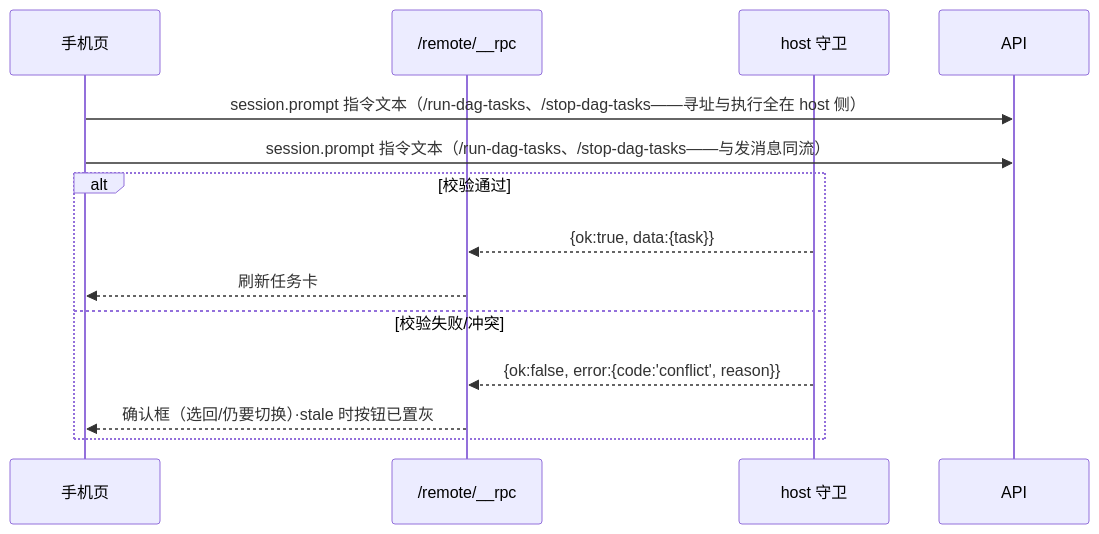
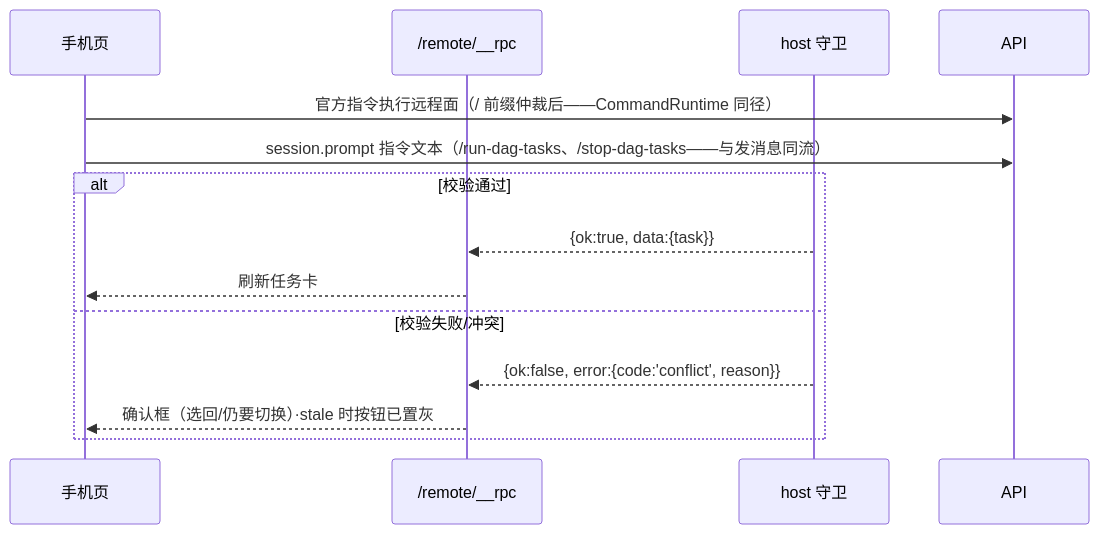
One commit to bigfaner/dsh-forge changed the tenth of 10 diagrams in .forge/docs/features/mobile-ui/design/tech-design.md. Above: the diagram before and after it, drawn with Mermaid. The commit also changed other lines of this file and 1 other file, not shown here.

````diff
--- a/.forge/docs/features/mobile-ui/design/tech-design.md
+++ b/.forge/docs/features/mobile-ui/design/tech-design.md
@@ -295,15 +295,15 @@
 ```mermaid
 sequenceDiagram
     participant P as 手机页
     participant RPC as /remote/__rpc
     participant H as host 守卫
-    P->>API: session.prompt 指令文本（/run-dag-tasks、/stop-dag-tasks——寻址与执行全在 host 侧）
+    P->>API: 官方指令执行远程面（/ 前缀仲裁后——CommandRuntime 同径）
     P->>API: session.prompt 指令文本（/run-dag-tasks、/stop-dag-tasks——与发消息同流）
     alt 校验通过
         H-->>RPC: {ok:true, data:{task}}
         RPC-->>P: 刷新任务卡
     else 校验失败/冲突
         H-->>RPC: {ok:false, error:{code:'conflict', reason}}
         RPC-->>P: 确认框（选回/仍要切换）·stale 时按钮已置灰
     end
 ```
````
